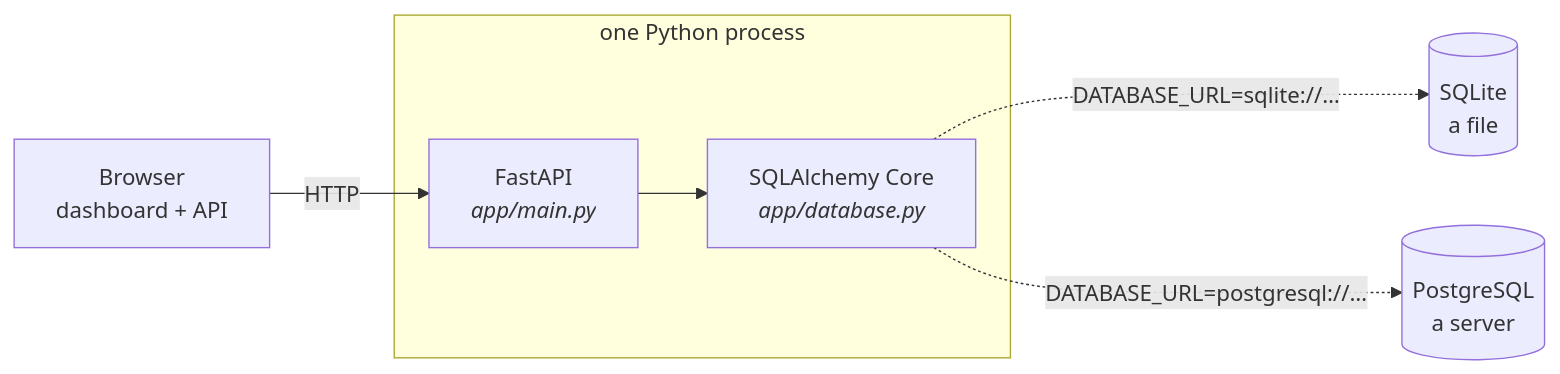
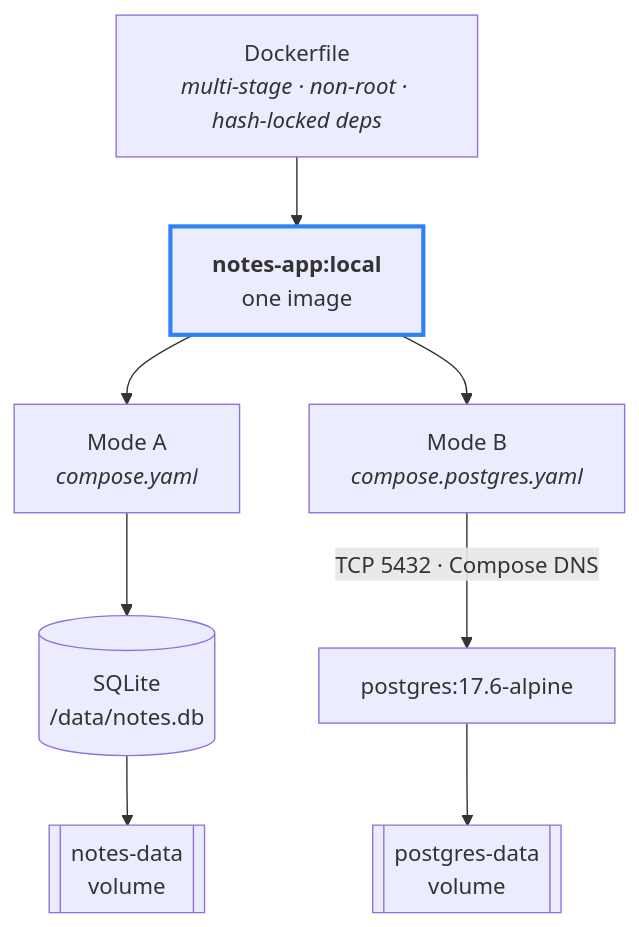
The second of 3 diagrams in README.md (gcodiac/python-to-production), drawn with Mermaid before and after one commit. The commit also changed other lines of this file and 1 other file, not shown here.

````diff
--- a/README.md
+++ b/README.md
@@ -21,11 +21,15 @@
 ```mermaid
-flowchart LR
-    B["Browser<br/>dashboard + API"] -->|HTTP| A
+flowchart TD
+    DF["Dockerfile<br/><i>multi-stage · non-root · hash-locked deps</i>"] --> IMG["<b>notes-app:local</b><br/>one image"]
 
-    subgraph proc["one Python process"]
-        A["FastAPI<br/><i>app/main.py</i>"] --> S["SQLAlchemy Core<br/><i>app/database.py</i>"]
-    end
+    IMG --> A["Mode A<br/><i>compose.yaml</i>"]
+    IMG --> B["Mode B<br/><i>compose.postgres.yaml</i>"]
 
-    S -.->|"DATABASE_URL=sqlite://…"| SQ[("SQLite<br/>a file")]
-    S -.->|"DATABASE_URL=postgresql://…"| PG[("PostgreSQL<br/>a server")]
+    A --> AS[("SQLite<br/>/data/notes.db")]
+    AS --> AV[["notes-data<br/>volume"]]
+
+    B -->|"TCP 5432 · Compose DNS"| PG["postgres:17.6-alpine"]
+    PG --> BV[["postgres-data<br/>volume"]]
+
+    style IMG stroke:#2f81f7,stroke-width:3px
 ```
````
